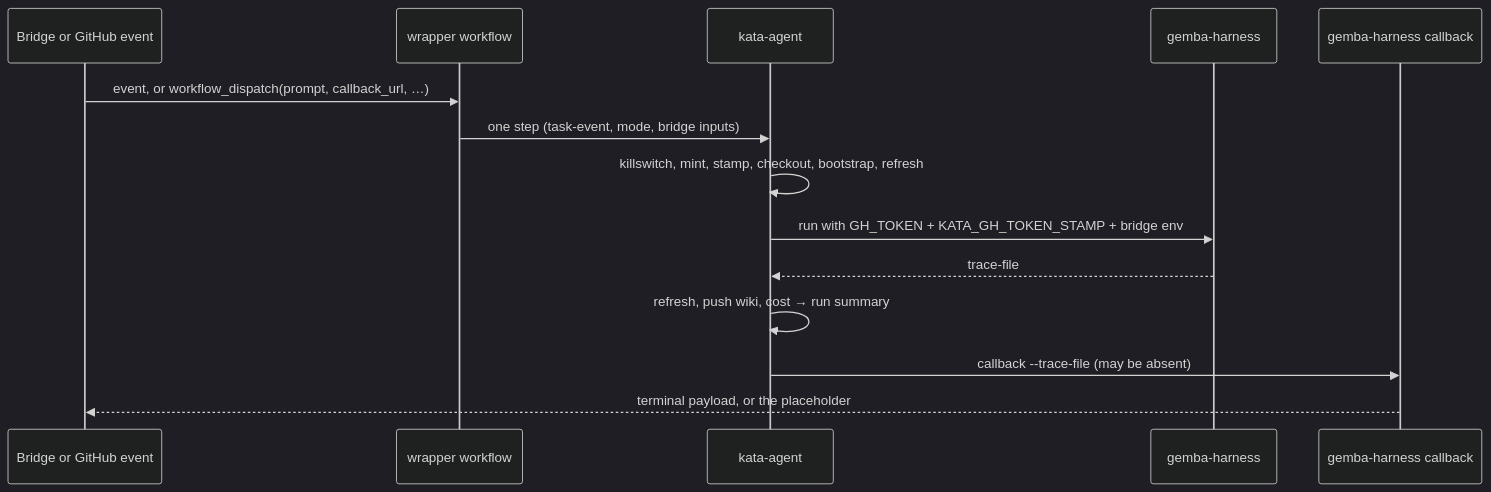
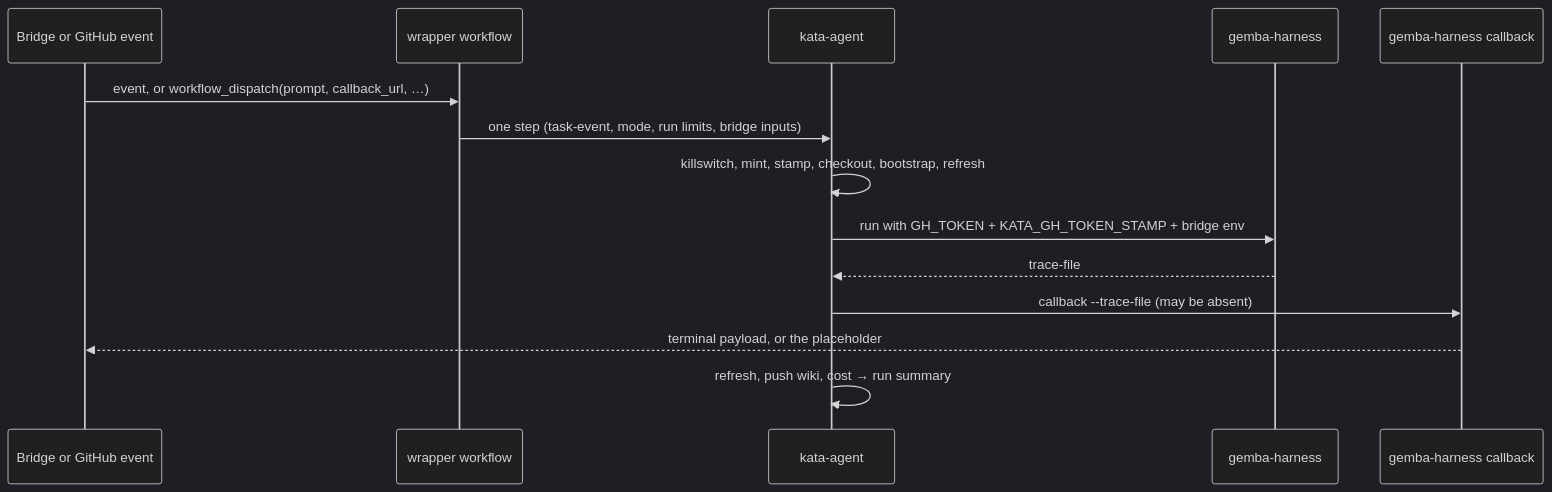
Before and after one commit to forwardimpact/monorepo: the second of 2 diagrams in specs/2340-package-dispatch-workflow/design-a.md, drawn with Mermaid (dark theme). The commit also changed other lines of this file and 1 other file, not shown here.

````diff
--- a/specs/2340-package-dispatch-workflow/design-a.md
+++ b/specs/2340-package-dispatch-workflow/design-a.md
@@ -117,16 +132,16 @@
 ```mermaid
 sequenceDiagram
     participant B as Bridge or GitHub event
     participant W as wrapper workflow
     participant A as kata-agent
     participant H as gemba-harness
     participant C as gemba-harness callback
     B->>W: event, or workflow_dispatch(prompt, callback_url, …)
-    W->>A: one step (task-event, mode, bridge inputs)
+    W->>A: one step (task-event, mode, run limits, bridge inputs)
     A->>A: killswitch, mint, stamp, checkout, bootstrap, refresh
     A->>H: run with GH_TOKEN + KATA_GH_TOKEN_STAMP + bridge env
     H-->>A: trace-file
-    A->>A: refresh, push wiki, cost → run summary
     A->>C: callback --trace-file (may be absent)
     C-->>B: terminal payload, or the placeholder
+    A->>A: refresh, push wiki, cost → run summary
 ```
````
